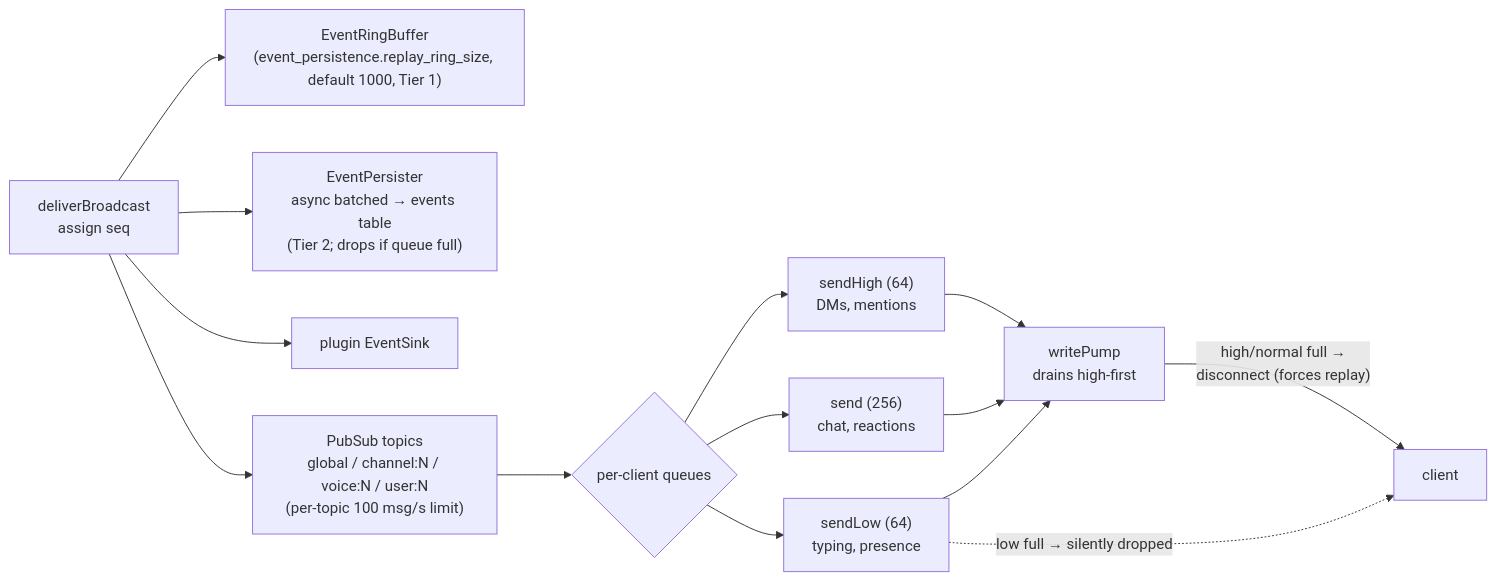
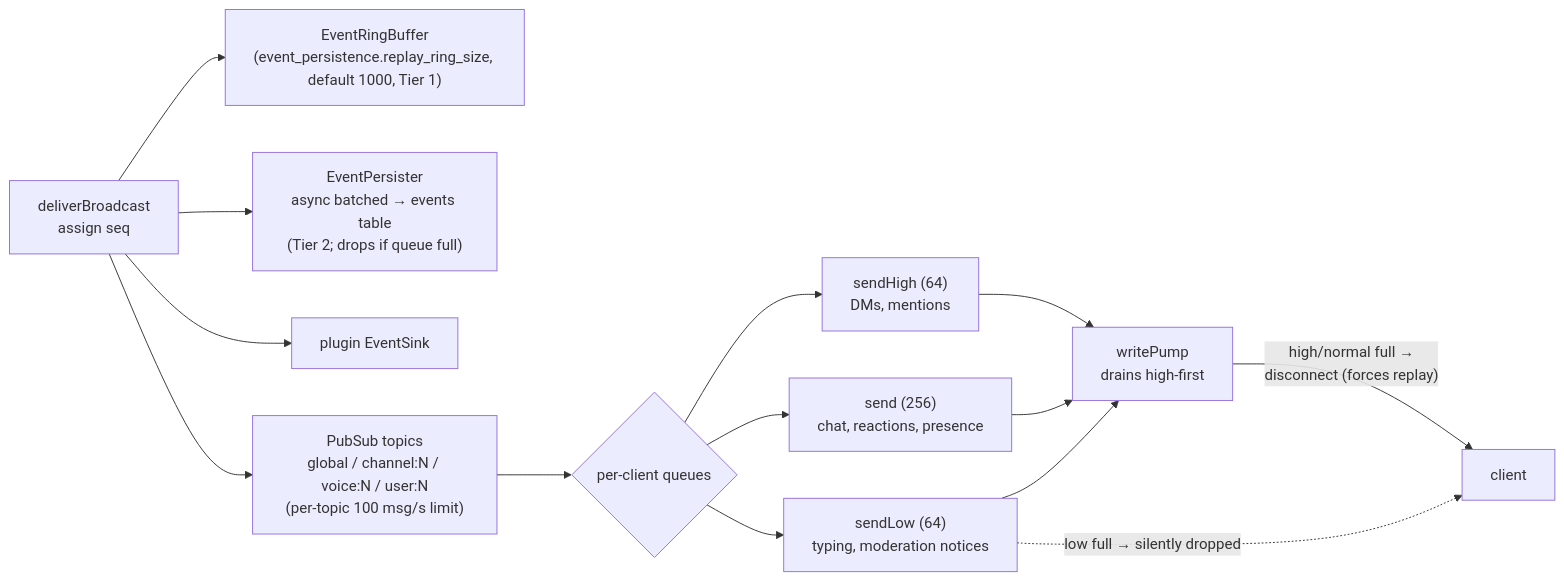
One commit to J3vb/OwnCord changed the second of 3 diagrams in docs/architecture/websocket.md. Above: the diagram before and after it, drawn with Mermaid. The commit also changed other lines of this file and 2 other files, not shown here.

Commit message:
no-mistakes(document): Fix stale presence backpressure docs and queue comments

````diff
--- a/docs/architecture/websocket.md
+++ b/docs/architecture/websocket.md
@@ -68,16 +68,16 @@
 ```mermaid
 flowchart LR
     EV["deliverBroadcast<br/>assign seq"] --> RB["EventRingBuffer<br/>(event_persistence.replay_ring_size, default 1000, Tier 1)"]
     EV --> EP["EventPersister<br/>async batched → events table<br/>(Tier 2; drops if queue full)"]
     EV --> PLG["plugin EventSink"]
     EV --> PS["PubSub topics<br/>global / channel:N / voice:N / user:N<br/>(per-topic 100 msg/s limit)"]
     PS --> CH{"per-client queues"}
     CH --> HI["sendHigh (64)<br/>DMs, mentions"]
-    CH --> NO["send (256)<br/>chat, reactions"]
-    CH --> LO["sendLow (64)<br/>typing, presence"]
+    CH --> NO["send (256)<br/>chat, reactions, presence"]
+    CH --> LO["sendLow (64)<br/>typing, moderation notices"]
     HI --> WP["writePump<br/>drains high-first"]
     NO --> WP
     LO --> WP
     WP -->|"high/normal full →<br/>disconnect (forces replay)"| X["client"]
     LO -.->|"low full → silently dropped"| X
 ```
````
